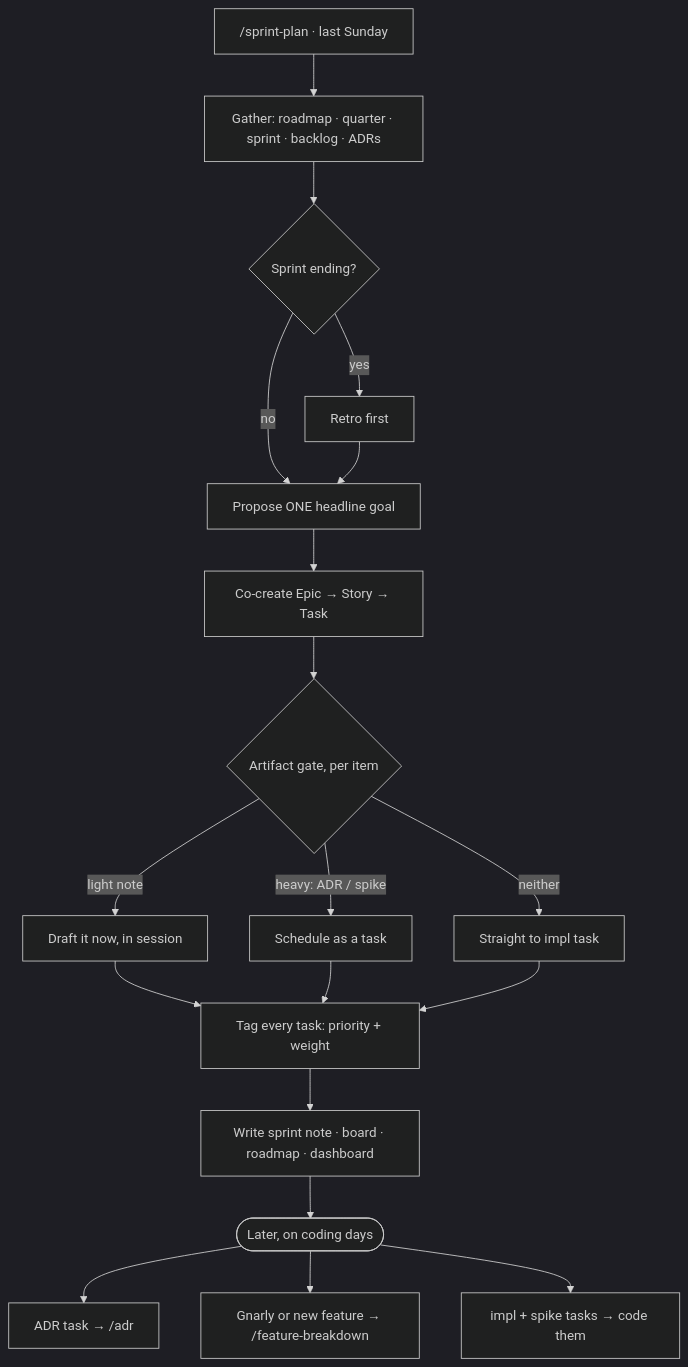
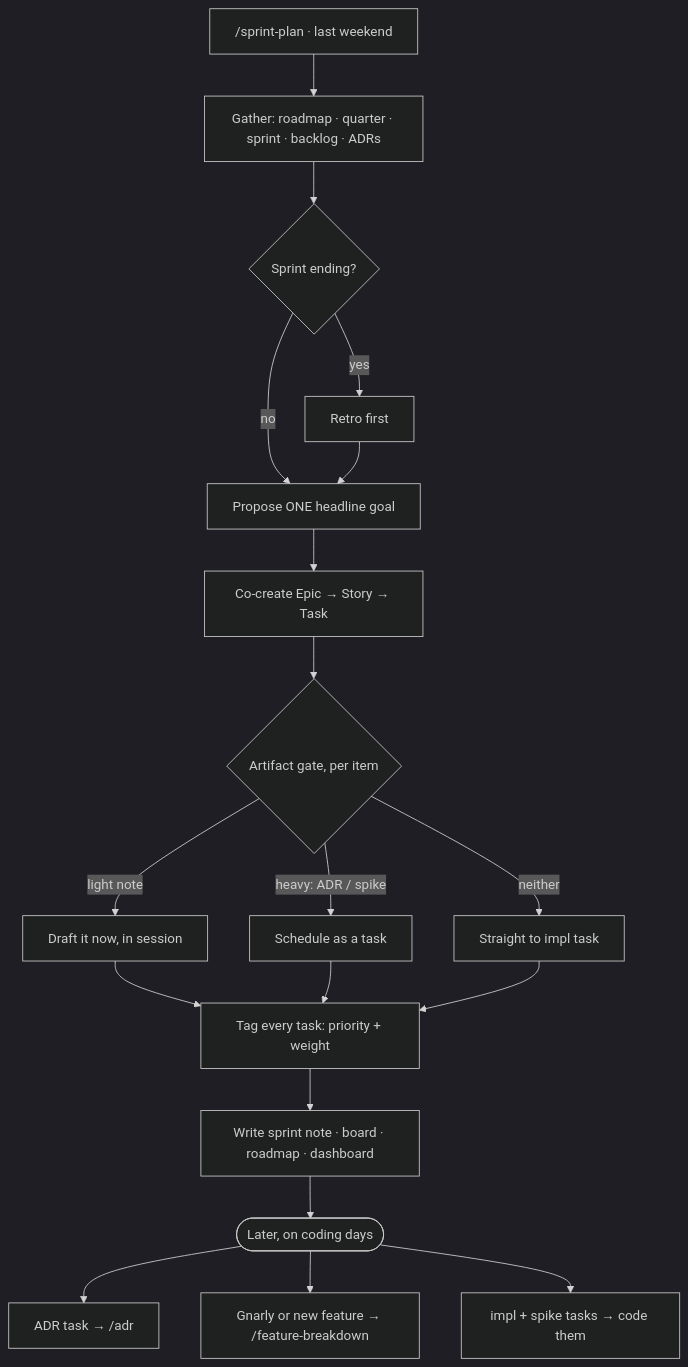
The diagram in docs/06 Sprints/Planning Workflow — Artifact Gate.md (techattackteam/TechEngine), drawn with Mermaid (dark theme) before and after one commit. The commit also changed other lines of this file and 38 other files, not shown here.

````diff
--- a/docs/06 Sprints/Planning Workflow — Artifact Gate.md
+++ b/docs/06 Sprints/Planning Workflow — Artifact Gate.md
@@ -114,21 +114,21 @@
 ```mermaid
 flowchart TD
-    A["/sprint-plan · last Sunday"] --> B["Gather: roadmap · quarter · sprint · backlog · ADRs"]
+    A["/sprint-plan · last weekend"] --> B["Gather: roadmap · quarter · sprint · backlog · ADRs"]
     B --> C{"Sprint ending?"}
     C -->|yes| D["Retro first"]
     C -->|no| E["Propose ONE headline goal"]
     D --> E
     E --> F["Co-create Epic → Story → Task"]
     F --> G{"Artifact gate, per item"}
     G -->|light note| H["Draft it now, in session"]
     G -->|"heavy: ADR / spike"| I["Schedule as a task"]
     G -->|neither| J["Straight to impl task"]
     H --> K["Tag every task: priority + weight"]
     I --> K
     J --> K
     K --> L["Write sprint note · board · roadmap · dashboard"]
     L --> M(["Later, on coding days"])
     M --> N["ADR task → /adr"]
     M --> O["Gnarly or new feature → /feature-breakdown"]
     M --> P["impl + spike tasks → code them"]
 ```
````
